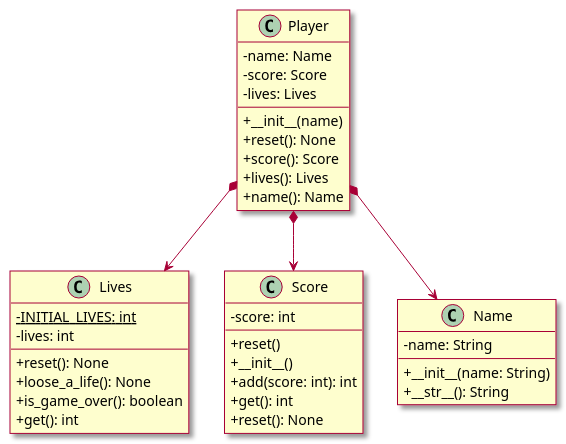
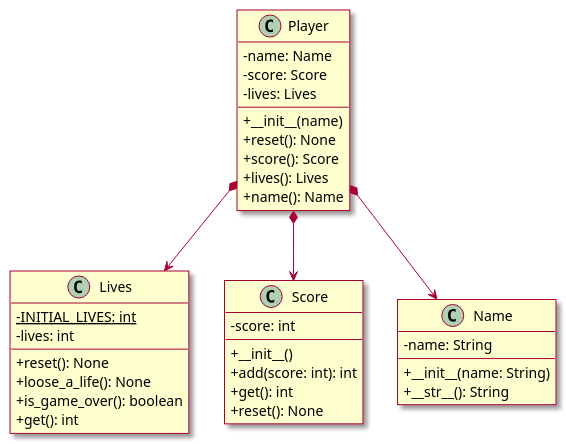
One commit to killuari/quiz_game_ctk changed the diagram in diagrams/player.puml. Above: the diagram before and after it, drawn with PlantUML. The commit also changed 2 other files, not shown here.

Commit message:
Add class diagram

```diff
--- a/diagrams/player.puml
+++ b/diagrams/player.puml
@@ -1,46 +1,45 @@
 @startuml
 hide empty members
 skin rose
 skinparam classAttributeIconSize 0
 
 class Player {
     + __init__(name)
     + reset(): None
     + score(): Score
     + lives(): Lives
     + name(): Name
     - name: Name
     - score: Score
     - lives: Lives
 }
 
 class Lives {
     - {static} INITIAL_LIVES: int
     + reset(): None
     + loose_a_life(): None
     + is_game_over(): boolean
     + get(): int
     - lives: int
 }
 
 class Score {
     - score: int
-    + reset()
     + __init__()
     + add(score: int): int
     + get(): int
     + reset(): None
 }
 
 class Name {
     + __init__(name: String)
     + __str__(): String
     - name: String
 }
 
 Player *--> Lives
 Player *--> Score
 Player *--> Name
 
 
 @enduml
```
